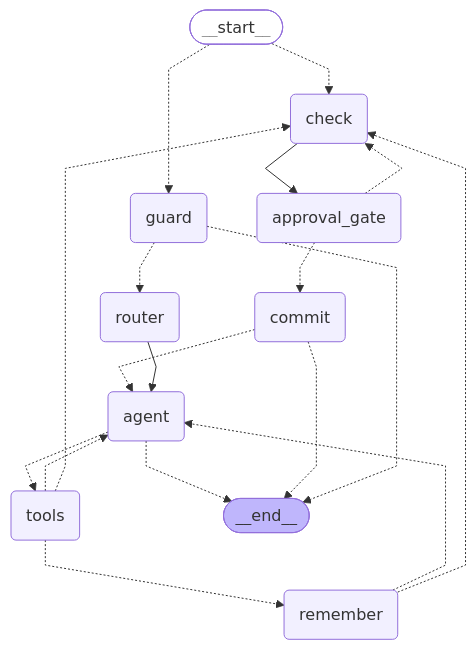
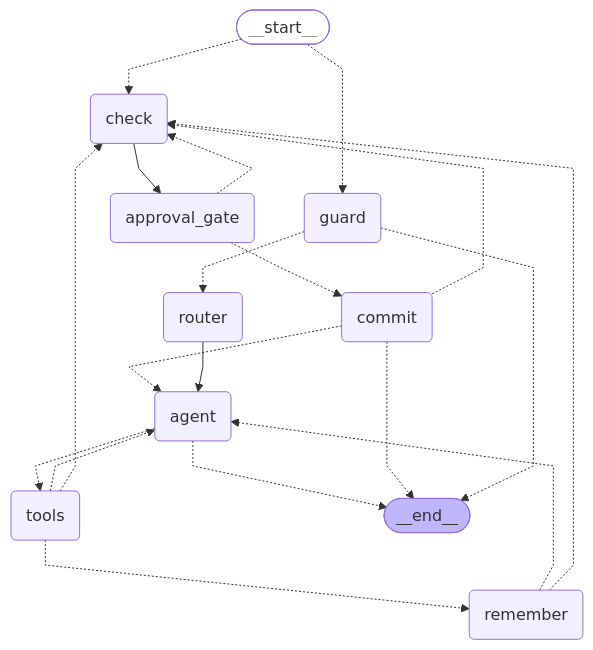
The diagram in README.md (qamran/Sagaloom), drawn with Mermaid before and after one commit. The commit also changed 8 other files, not shown here.

````diff
--- a/README.md
+++ b/README.md
@@ -140,38 +140,39 @@
 ```mermaid
 ---
 config:
   flowchart:
     curve: linear
 ---
 graph TD;
 	__start__([<p>__start__</p>]):::first
 	guard(guard)
 	router(router)
 	agent(agent)
 	tools(tools)
 	remember(remember)
 	check(check)
 	approval_gate(approval_gate)
 	commit(commit)
 	__end__([<p>__end__</p>]):::last
 	__start__ -.-> check;
 	__start__ -.-> guard;
 	agent -.-> __end__;
 	agent -.-> tools;
 	approval_gate -.-> check;
 	approval_gate -.-> commit;
 	check --> approval_gate;
 	commit -.-> __end__;
 	commit -.-> agent;
+	commit -.-> check;
 	guard -.-> __end__;
 	guard -.-> router;
 	remember -.-> agent;
 	remember -.-> check;
 	router --> agent;
 	tools -.-> agent;
 	tools -.-> check;
 	tools -.-> remember;
 	classDef default fill:#f2f0ff,line-height:1.2
 	classDef first fill-opacity:0
 	classDef last fill:#bfb6fc
 ```
````
